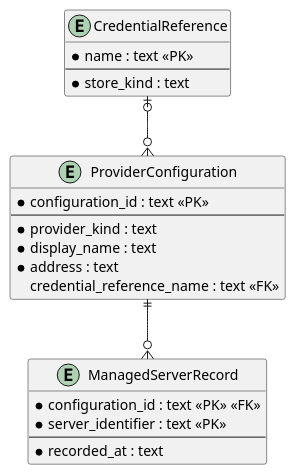
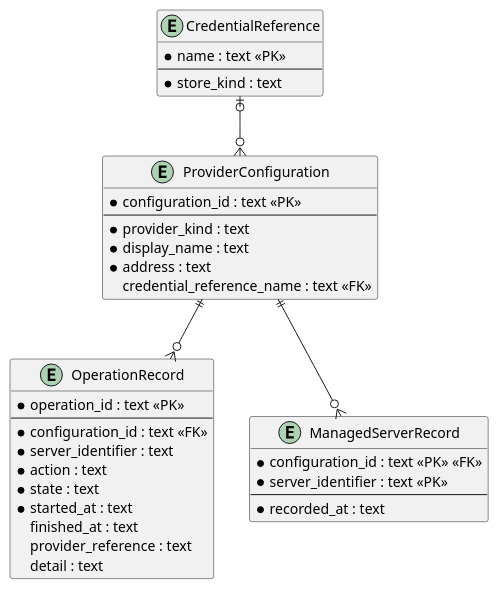
One commit to TirSystem/iac-node-forge changed the diagram in docs/erd.md. Above: the diagram before and after it, drawn with PlantUML. The commit also changed other lines of this file and 19 other files, not shown here.

````diff
--- a/docs/erd.md
+++ b/docs/erd.md
@@ -26,27 +26,40 @@
 ```plantuml
 @startuml
 hide methods
 entity ProviderConfiguration {
   * configuration_id : text <<PK>>
   --
   * provider_kind : text
   * display_name : text
   * address : text
   credential_reference_name : text <<FK>>
 }
 entity CredentialReference {
   * name : text <<PK>>
   --
   * store_kind : text
 }
+entity OperationRecord {
+  * operation_id : text <<PK>>
+  --
+  * configuration_id : text <<FK>>
+  * server_identifier : text
+  * action : text
+  * state : text
+  * started_at : text
+  finished_at : text
+  provider_reference : text
+  detail : text
+}
 entity ManagedServerRecord {
   * configuration_id : text <<PK>> <<FK>>
   * server_identifier : text <<PK>>
   --
   * recorded_at : text
 }
 
 CredentialReference |o--o{ ProviderConfiguration
 ProviderConfiguration ||--o{ ManagedServerRecord
+ProviderConfiguration ||--o{ OperationRecord
 @enduml
 ```
````
